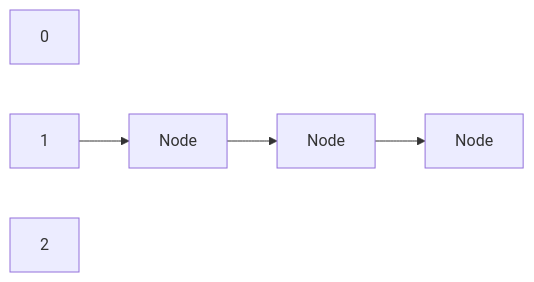
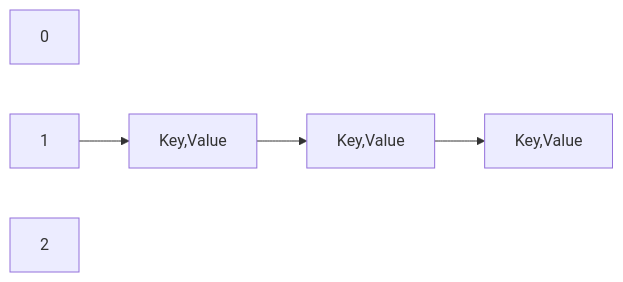
The diagram in resources/HashMap.md (mitsinsar/TheJourney), drawn with Mermaid before and after one commit. The commit also changed other lines of this file, not shown here.

````diff
--- a/resources/HashMap.md
+++ b/resources/HashMap.md
@@ -85,9 +85,9 @@
 ```mermaid
 graph LR
 A[0] 
 B[1]  --> C --> D --> E 
-C[Node<Key,Value>] 
-D[Node<Key,Value>] 
-E[Node<Key,Value>] 
+C[Key,Value ] 
+D[Key,Value] 
+E[Key,Value] 
 G[2]
 ```
````
